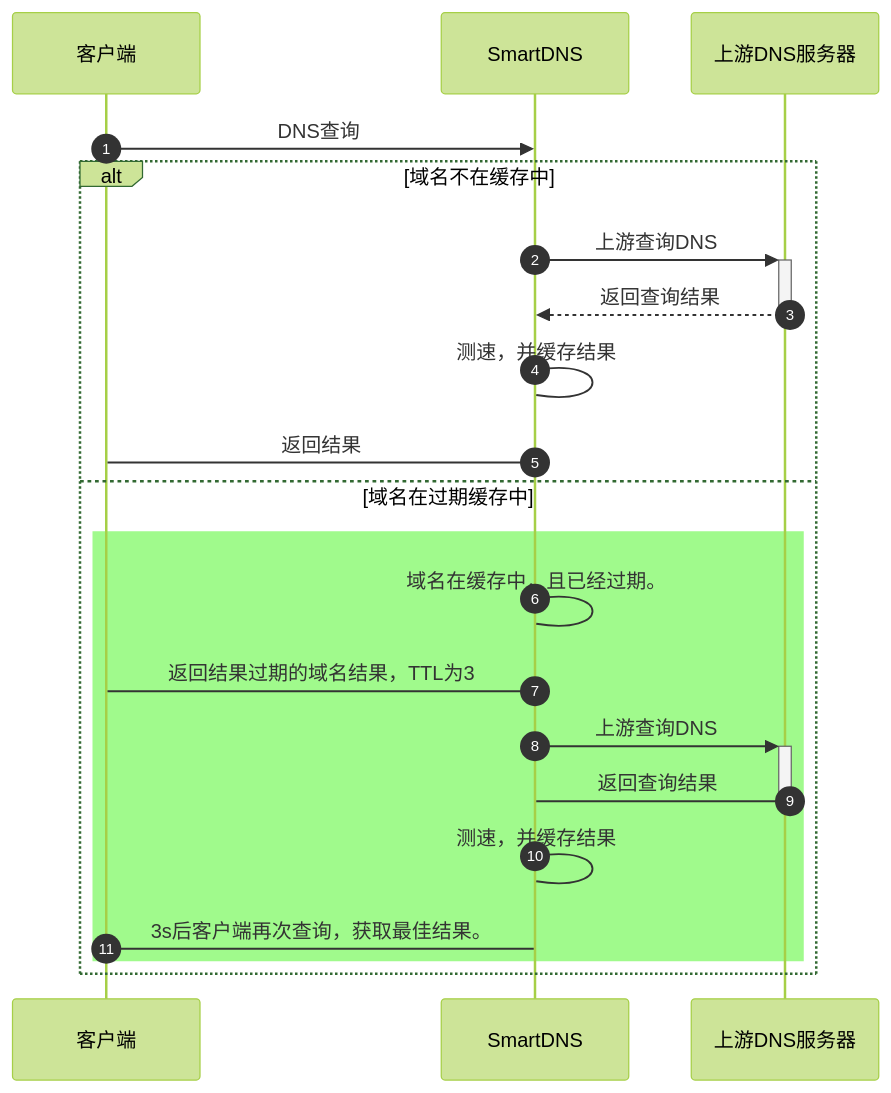
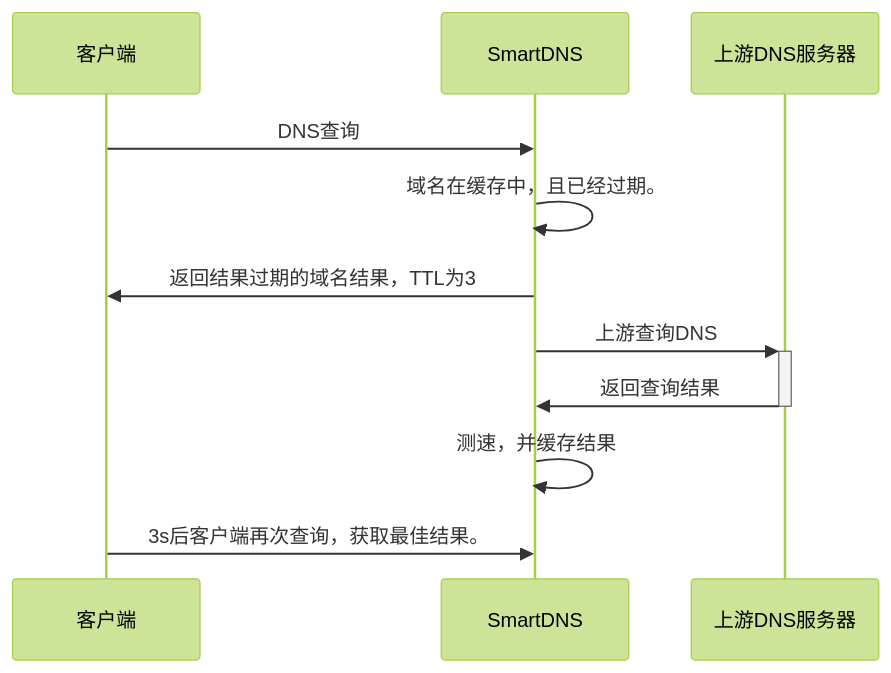
One commit to pymumu/smartdns changed the diagram in docs/config/cache.md. Above: the diagram before and after it, drawn with Mermaid. The commit also changed other lines of this file and 5 other files, not shown here.

````diff
--- a/docs/config/cache.md
+++ b/docs/config/cache.md
@@ -45,26 +45,16 @@
 ```mermaid
 
 %%{init: {'theme':'forest'}}%%
 sequenceDiagram
-    autonumber
     participant client as 客户端
     participant smartdns as SmartDNS
     participant Server as 上游DNS服务器
     client->>smartdns: DNS查询
-    alt 域名不在缓存中
-        smartdns->>+Server: 上游查询DNS
-        Server-->>-smartdns: 返回查询结果
-        smartdns->smartdns: 测速，并缓存结果
-        smartdns->client: 返回结果
-    else 域名在过期缓存中
-        rect rgb(160, 250, 140)
-        smartdns->smartdns: 域名在缓存中，且已经过期。
-        smartdns->client: 返回结果过期的域名结果，TTL为3
-        smartdns->>+Server: 上游查询DNS
-        Server->-smartdns: 返回查询结果
-        smartdns->smartdns: 测速，并缓存结果
-        client->smartdns: 3s后客户端再次查询，获取最佳结果。
-        end
-    end
+    smartdns->>smartdns: 域名在缓存中，且已经过期。
+    smartdns->>client: 返回结果过期的域名结果，TTL为3
+    smartdns->>+Server: 上游查询DNS
+    Server->>-smartdns: 返回查询结果
+    smartdns->>smartdns: 测速，并缓存结果
+    client->>smartdns: 3s后客户端再次查询，获取最佳结果。
 
 ```
````
